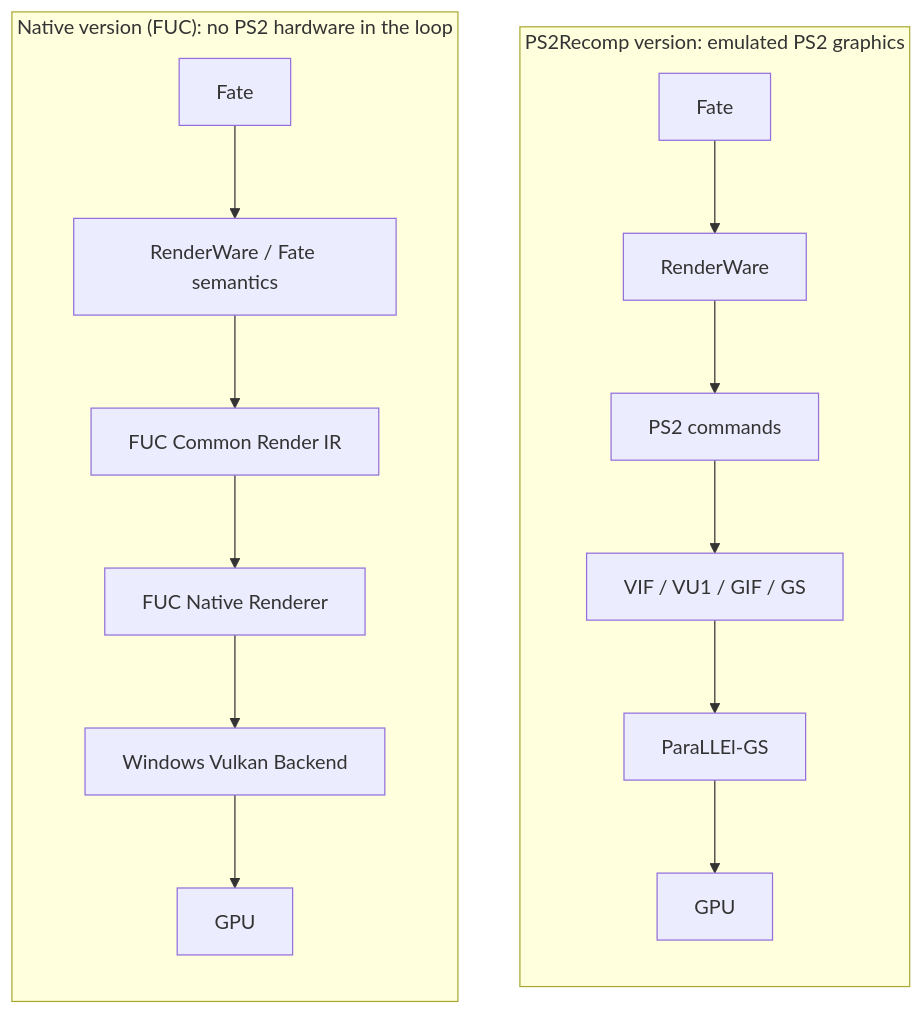
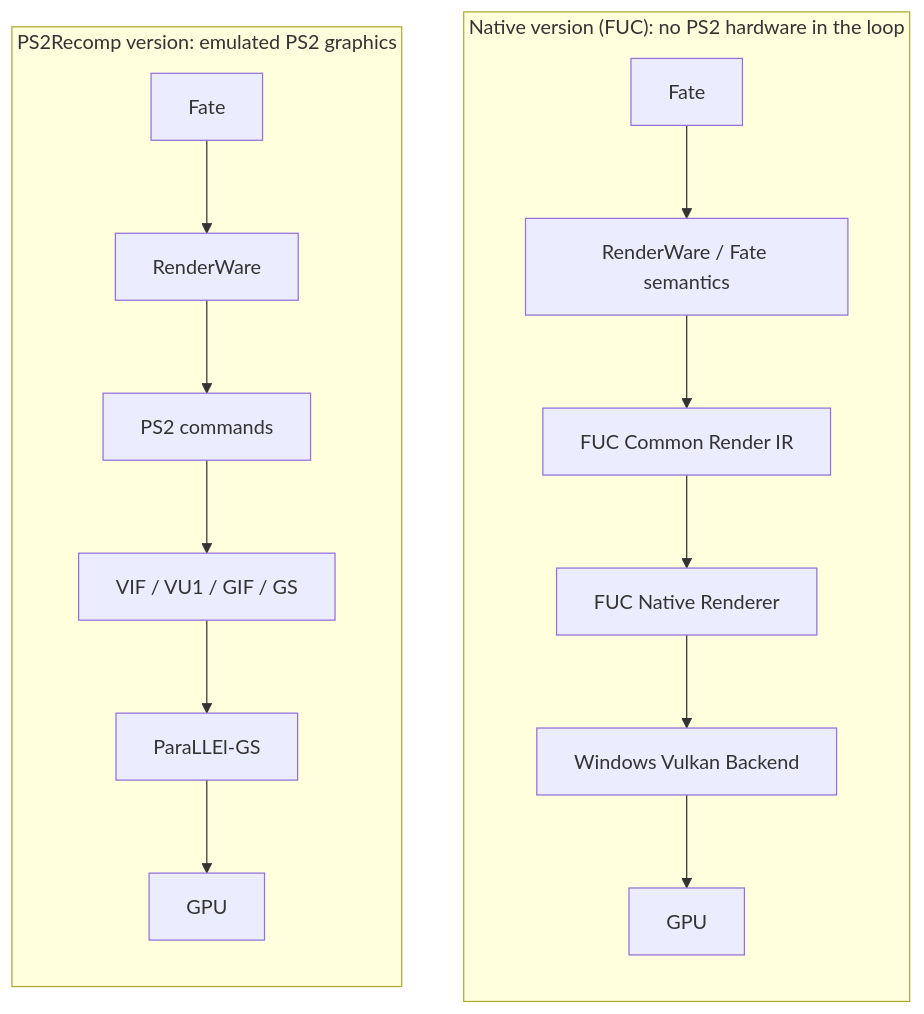
The diagram in README.md (elprogramadorloco-arch/fuc-community), drawn with Mermaid before and after one commit. The commit also changed other lines of this file, not shown here.

Commit message:
README: show the PS2Recomp pipeline on the left, native on the right

````diff
--- a/README.md
+++ b/README.md
@@ -16,11 +16,11 @@
 ```mermaid
 flowchart TB
+  subgraph NAT["Native version (FUC): no PS2 hardware in the loop"]
+    direction TB
+    b1["Fate"] --> b2["RenderWare / Fate semantics"] --> b3["FUC Common Render IR"] --> b4["FUC Native Renderer"] --> b5["Windows Vulkan Backend"] --> b6["GPU"]
+  end
   subgraph PS2["PS2Recomp version: emulated PS2 graphics"]
     direction TB
     a1["Fate"] --> a2["RenderWare"] --> a3["PS2 commands"] --> a4["VIF / VU1 / GIF / GS"] --> a5["ParaLLEl-GS"] --> a6["GPU"]
   end
-  subgraph NAT["Native version (FUC): no PS2 hardware in the loop"]
-    direction TB
-    b1["Fate"] --> b2["RenderWare / Fate semantics"] --> b3["FUC Common Render IR"] --> b4["FUC Native Renderer"] --> b5["Windows Vulkan Backend"] --> b6["GPU"]
-  end
 ```
````
